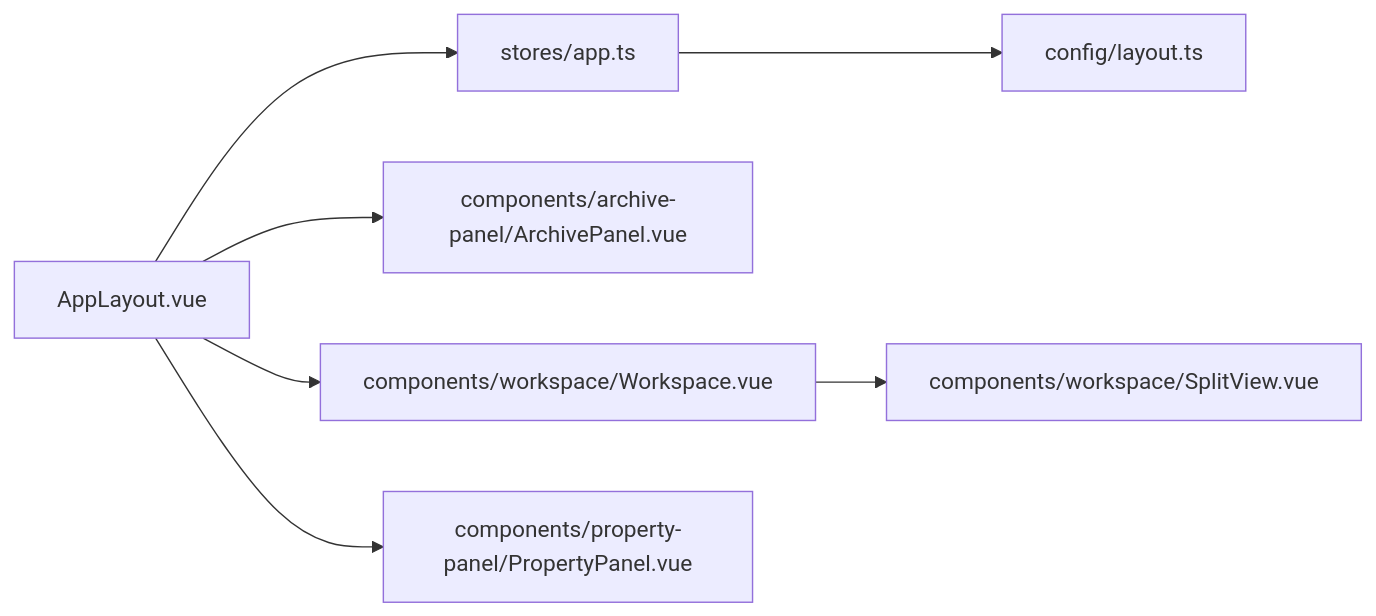
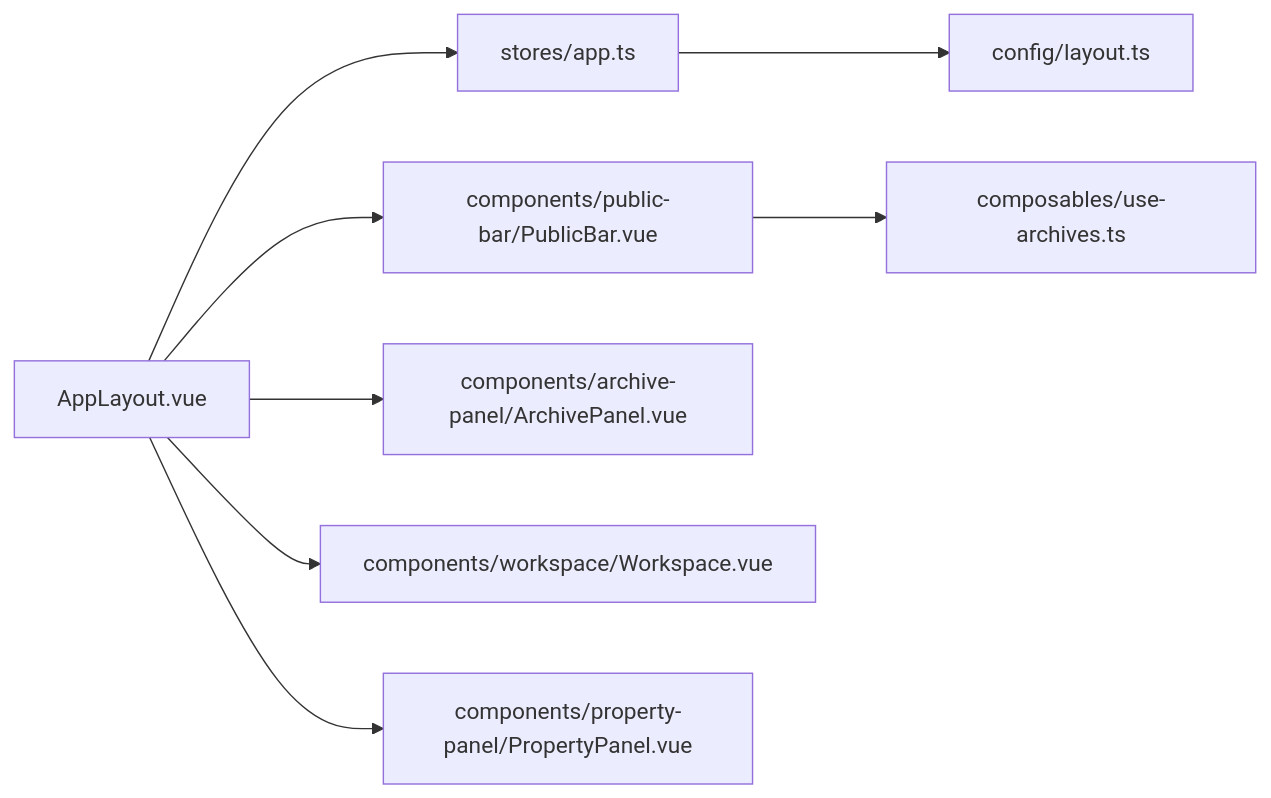
Before and after one commit to taoweidong/Hello-Tauri: the fifth of 5 diagrams in .qoder/repowiki/zh/content/用户界面/布局系统.md, drawn with Mermaid. The commit also changed other lines of this file and 14 other files, not shown here.

````diff
--- a/.qoder/repowiki/zh/content/用户界面/布局系统.md
+++ b/.qoder/repowiki/zh/content/用户界面/布局系统.md
@@ -281,9 +322,10 @@
 ```mermaid
 graph LR
 A["AppLayout.vue"] --> B["stores/app.ts"]
 B --> C["config/layout.ts"]
-A --> D["components/archive-panel/ArchivePanel.vue"]
-A --> E["components/workspace/Workspace.vue"]
-A --> F["components/property-panel/PropertyPanel.vue"]
-E --> G["components/workspace/SplitView.vue"]
+A --> D["components/public-bar/PublicBar.vue"]
+A --> E["components/archive-panel/ArchivePanel.vue"]
+A --> F["components/workspace/Workspace.vue"]
+A --> G["components/property-panel/PropertyPanel.vue"]
+D --> H["composables/use-archives.ts"]
 ```
````
